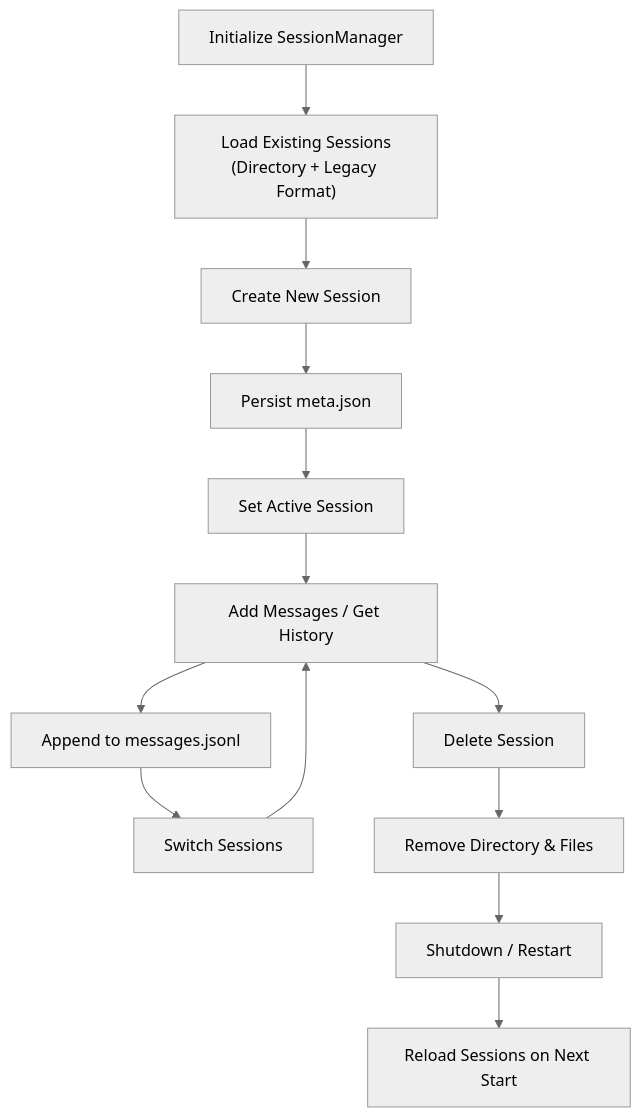
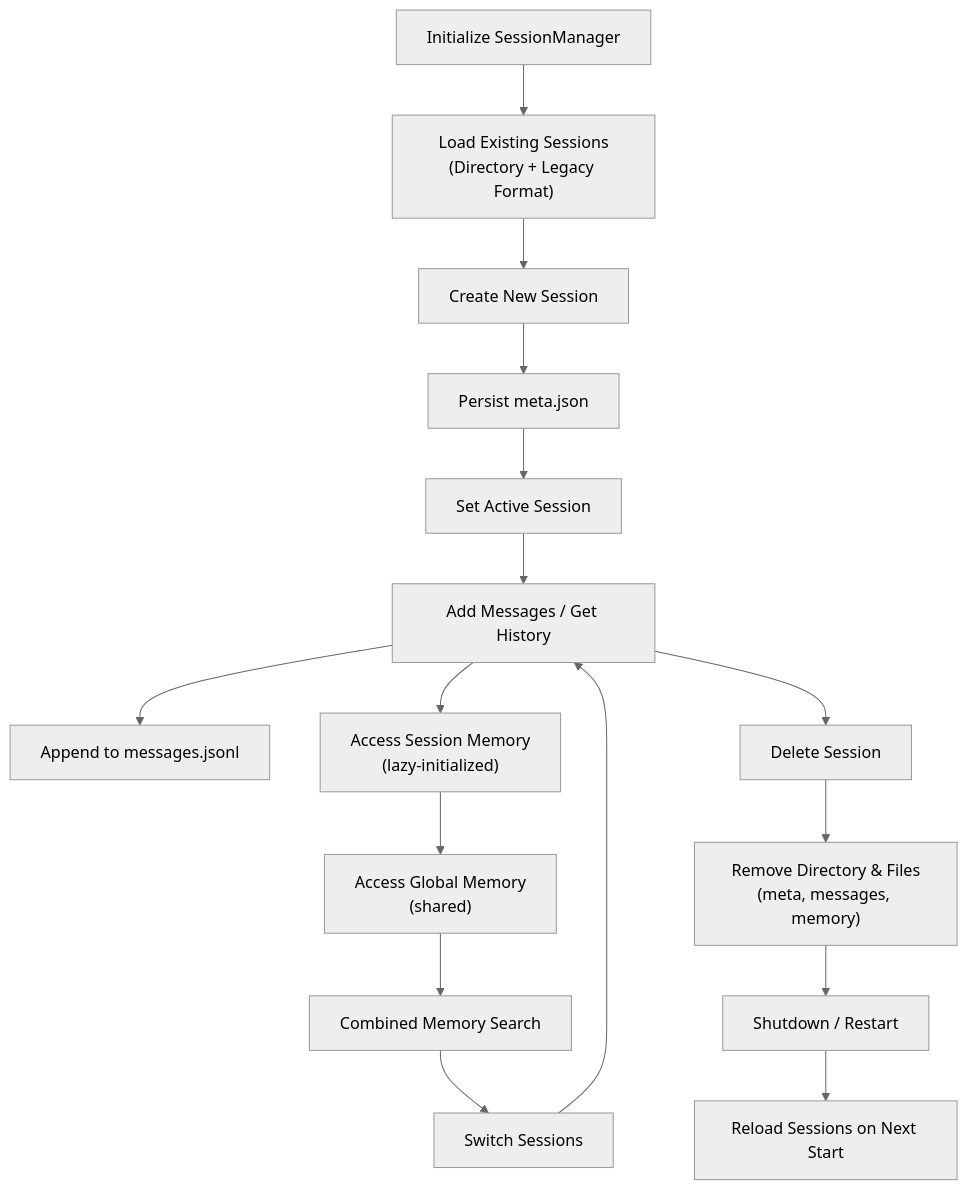
Before and after one commit to 1996Paul-Wen/HarnessAIDemo: the sixth of 7 diagrams in .qoder/repowiki/en/content/Advanced Features/Session Management.md, drawn with Mermaid (neutral theme). The commit also changed other lines of this file and 4 other files, not shown here.

````diff
--- a/.qoder/repowiki/en/content/Advanced Features/Session Management.md
+++ b/.qoder/repowiki/en/content/Advanced Features/Session Management.md
@@ -283,15 +328,18 @@
 ```mermaid
 flowchart TD
 Init["Initialize SessionManager"] --> Load["Load Existing Sessions<br/>(Directory + Legacy Format)"]
 Load --> Create["Create New Session"]
 Create --> PersistMeta["Persist meta.json"]
 PersistMeta --> Active["Set Active Session"]
 Active --> Use["Add Messages / Get History"]
 Use --> PersistMsg["Append to messages.jsonl"]
-PersistMsg --> Switch["Switch Sessions"]
+Use --> MemAccess["Access Session Memory<br/>(lazy-initialized)"]
+MemAccess --> GlobalMem["Access Global Memory<br/>(shared)"]
+GlobalMem --> Search["Combined Memory Search"]
+Search --> Switch["Switch Sessions"]
 Switch --> Use
 Use --> Delete["Delete Session"]
-Delete --> Cleanup["Remove Directory & Files"]
+Delete --> Cleanup["Remove Directory & Files<br/>(meta, messages, memory)"]
 Cleanup --> Shutdown["Shutdown / Restart"]
 Shutdown --> Reload["Reload Sessions on Next Start"]
 ```
````
